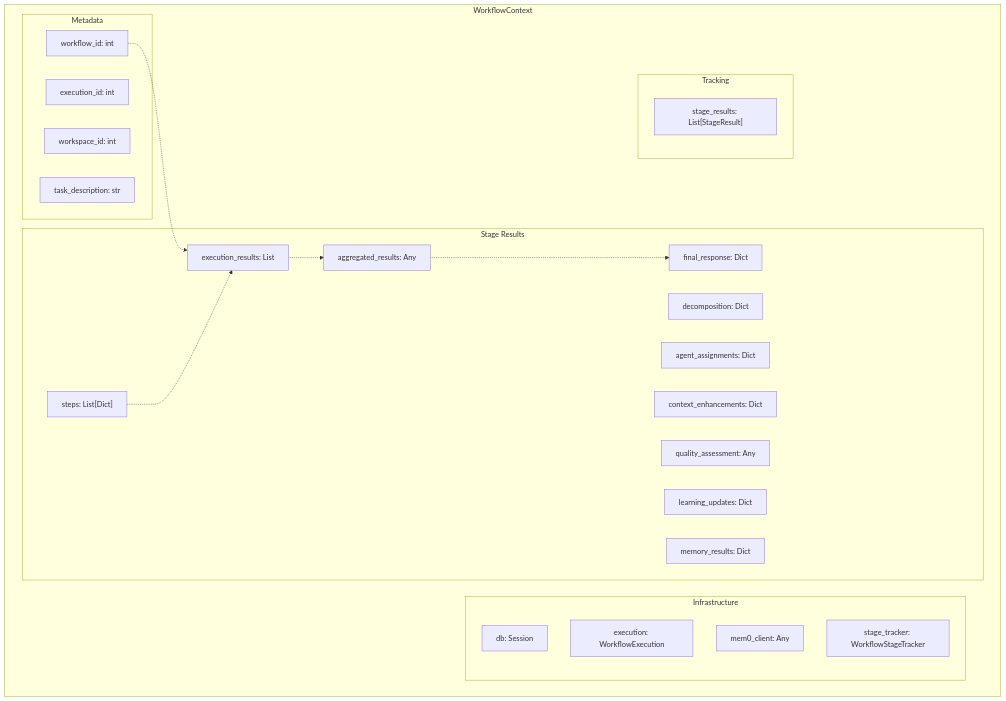
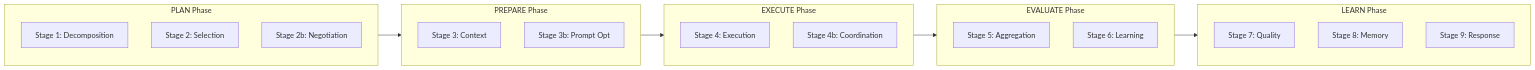
One commit to AutomatosAI/automatos-ai changed the second of 3 diagrams in docs/workflows-recipes/workflow-pipeline-architecture.md. Above: the diagram before and after it, drawn with Mermaid. The commit also changed other lines of this file and 149 other files, not shown here.

Commit message:
docs: refresh documentation with graphify semantic scan

````diff
--- a/docs/workflows-recipes/workflow-pipeline-architecture.md
+++ b/docs/workflows-recipes/workflow-pipeline-architecture.md
@@ -234,40 +102,34 @@
 ```mermaid
-graph TB
-    subgraph "WorkflowContext"
-        subgraph "Metadata"
-            workflow_id["workflow_id: int"]
-            execution_id["execution_id: int"]
-            workspace_id["workspace_id: int"]
-            task_description["task_description: str"]
-        end
-        
-        subgraph "Stage Results"
-            decomposition["decomposition: Dict"]
-            steps["steps: List[Dict]"]
-            agent_assignments["agent_assignments: Dict"]
-            context_enhancements["context_enhancements: Dict"]
-            execution_results["execution_results: List"]
-            aggregated_results["aggregated_results: Any"]
-            quality_assessment["quality_assessment: Any"]
-            learning_updates["learning_updates: Dict"]
-            memory_results["memory_results: Dict"]
-            final_response["final_response: Dict"]
-        end
-        
-        subgraph "Infrastructure"
-            db["db: Session"]
-            execution["execution: WorkflowExecution"]
-            mem0_client["mem0_client: Any"]
-            stage_tracker["stage_tracker: WorkflowStageTracker"]
-        end
-        
-        subgraph "Tracking"
-            stage_results["stage_results: List[StageResult]"]
-        end
+graph LR
+    subgraph PLAN["PLAN Phase"]
+        S1["Stage 1: Decomposition"]
+        S2["Stage 2: Selection"]
+        S2b["Stage 2b: Negotiation"]
     end
     
-    workflow_id -.-> execution_results
-    steps -.-> execution_results
-    execution_results -.-> aggregated_results
-    aggregated_results -.-> final_response
+    subgraph PREPARE["PREPARE Phase"]
+        S3["Stage 3: Context"]
+        S3b["Stage 3b: Prompt Opt"]
+    end
+    
+    subgraph EXECUTE["EXECUTE Phase"]
+        S4["Stage 4: Execution"]
+        S4b["Stage 4b: Coordination"]
+    end
+    
+    subgraph EVALUATE["EVALUATE Phase"]
+        S5["Stage 5: Aggregation"]
+        S6["Stage 6: Learning"]
+    end
+    
+    subgraph LEARN["LEARN Phase"]
+        S7["Stage 7: Quality"]
+        S8["Stage 8: Memory"]
+        S9["Stage 9: Response"]
+    end
+    
+    PLAN --> PREPARE
+    PREPARE --> EXECUTE
+    EXECUTE --> EVALUATE
+    EVALUATE --> LEARN
 ```
````
